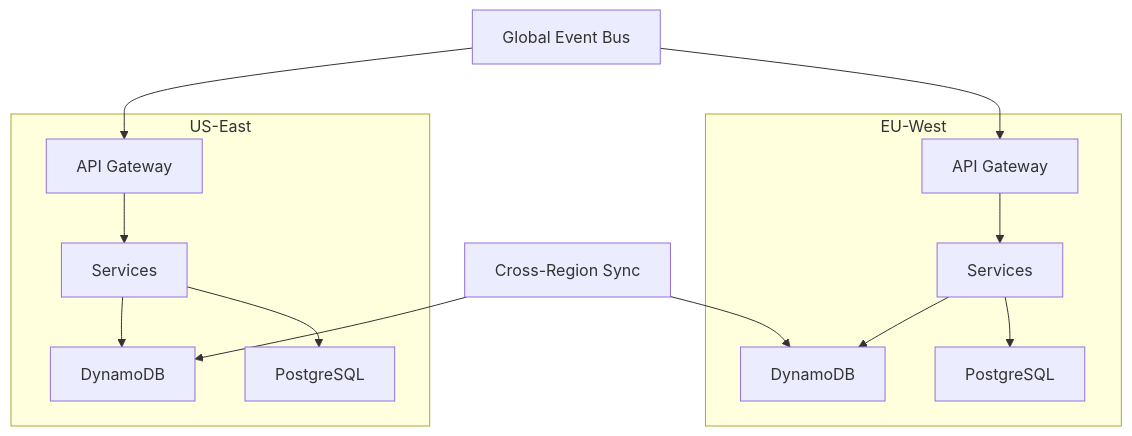
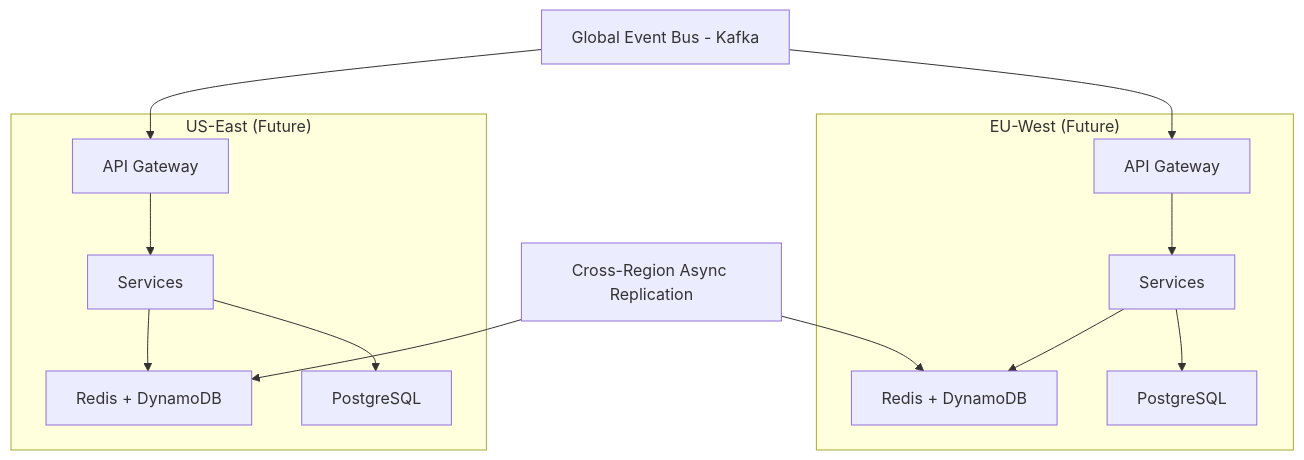
Before and after one commit to mamuchastegui/nauta: the third of 3 diagrams in docs/ARCHITECTURE_EVOLUTION.md, drawn with Mermaid. The commit also changed other lines of this file and 3 other files, not shown here.

````diff
--- a/docs/ARCHITECTURE_EVOLUTION.md
+++ b/docs/ARCHITECTURE_EVOLUTION.md
@@ -157,20 +167,20 @@
 ```mermaid
 graph TB
-    subgraph "US-East"
+    subgraph "US-East (Future)"
         A1[API Gateway] --> B1[Services]
-        B1 --> C1[DynamoDB]
+        B1 --> C1[Redis + DynamoDB]
         B1 --> D1[PostgreSQL]
     end
     
-    subgraph "EU-West"  
+    subgraph "EU-West (Future)"  
         A2[API Gateway] --> B2[Services]
-        B2 --> C2[DynamoDB]
+        B2 --> C2[Redis + DynamoDB]
         B2 --> D2[PostgreSQL]
     end
     
-    E[Global Event Bus] --> A1
+    E[Global Event Bus - Kafka] --> A1
     E --> A2
     
-    F[Cross-Region Sync] --> C1
+    F[Cross-Region Async Replication] --> C1
     F --> C2
 ```
````
